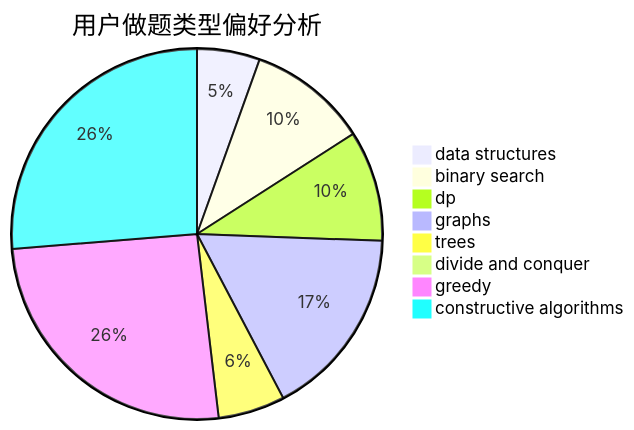
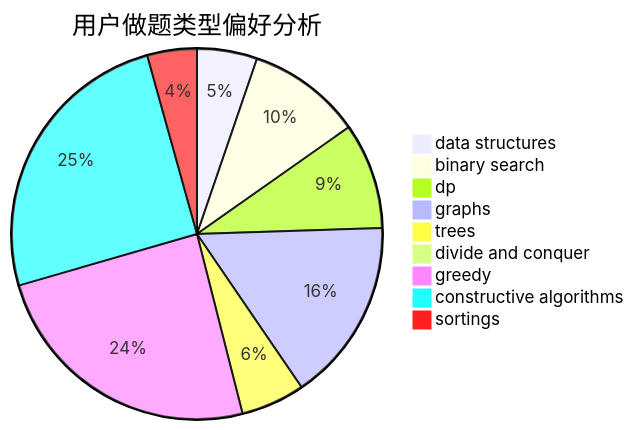
Before and after one commit to sherpahu/cfrs.github.io: the second of 3 diagrams in docs/user/u188.md, drawn with Mermaid. The commit also changed other lines of this file and 2769 other files, not shown here.

````diff
--- a/docs/user/u188.md
+++ b/docs/user/u188.md
@@ -23,11 +18,12 @@
 ```mermaid
 pie title 用户做题类型偏好分析
     "data structures" :  63
     "binary search" :  120
     "dp" :  111
     "graphs" :  192
     "trees" :  67
     "divide and conquer" :  0
     "greedy" :  294
     "constructive algorithms" :  302
+    "sortings" :  52
 ```
````
